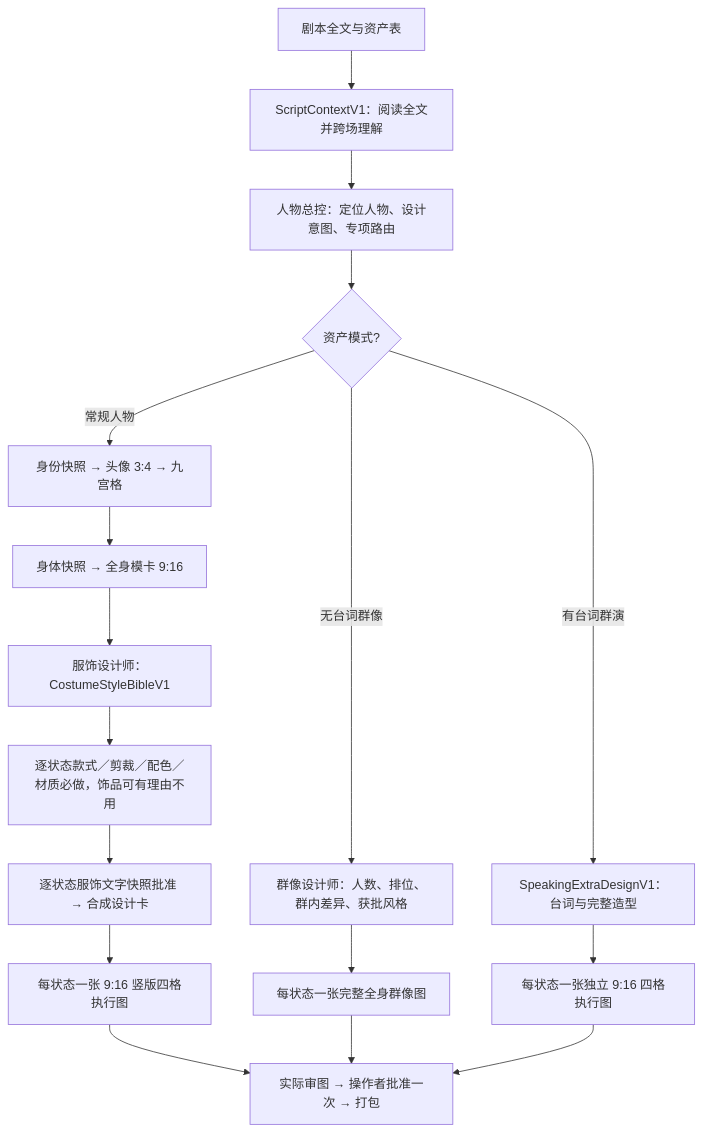
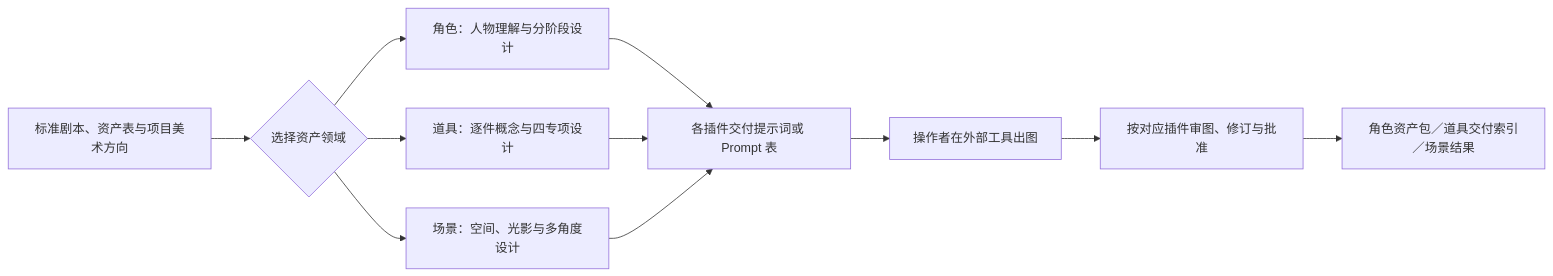
The first of 3 diagrams in README.md (kaibaoxiang-studio/ZiChan), drawn with Mermaid before and after one commit. The commit also changed other lines of this file and 191 other files, not shown here.

````diff
--- a/README.md
+++ b/README.md
@@ -41,19 +54,13 @@
 ```mermaid
-flowchart TD
-    A["剧本全文与资产表"] --> B["ScriptContextV1：阅读全文并跨场理解"]
-    B --> C["人物总控：定位人物、设计意图、专项路由"]
-    C --> X{"资产模式?"}
-    X -- "常规人物" --> D["身份快照 → 头像 3:4 → 九宫格"]
-    D --> E["身体快照 → 全身模卡 9:16"]
-    E --> F["服饰设计师：CostumeStyleBibleV1"]
-    F --> G["逐状态款式／剪裁／配色／材质必做，饰品可有理由不用"]
-    G --> H["逐状态服饰文字快照批准 → 合成设计卡"]
-    H --> I["每状态一张 9:16 竖版四格执行图"]
-    I --> J["实际审图 → 操作者批准一次 → 打包"]
-    X -- "无台词群像" --> Q["群像设计师：人数、排位、群内差异、获批风格"]
-    Q --> R["每状态一张完整全身群像图"]
-    R --> J
-    X -- "有台词群演" --> T["SpeakingExtraDesignV1：台词与完整造型"]
-    T --> U["每状态一张独立 9:16 四格执行图"]
-    U --> J
+flowchart LR
+    A["标准剧本、资产表与项目美术方向"] --> B{"选择资产领域"}
+    B --> C["角色：人物理解与分阶段设计"]
+    B --> D["道具：逐件概念与四专项设计"]
+    B --> E["场景：空间、光影与多角度设计"]
+    C --> F["各插件交付提示词或 Prompt 表"]
+    D --> F
+    E --> F
+    F --> G["操作者在外部工具出图"]
+    G --> H["按对应插件审图、修订与批准"]
+    H --> I["角色资产包／道具交付索引／场景结果"]
 ```
````
